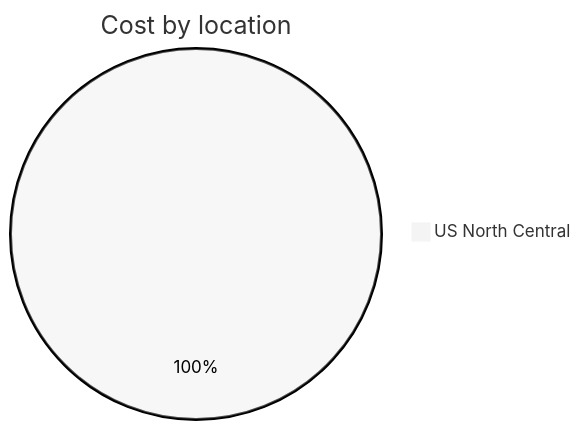
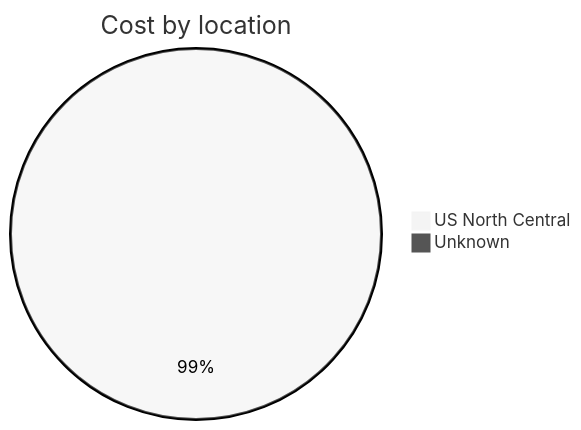
One commit to jpfulton/azure-personal-reports changed the third of 4 diagrams in cost-reports/personal-network/README.md. Above: the diagram before and after it, drawn with Mermaid (neutral theme). The commit also changed other lines of this file and 8 other files, not shown here.

````diff
--- a/cost-reports/personal-network/README.md
+++ b/cost-reports/personal-network/README.md
@@ -107,5 +116,6 @@
 ```mermaid
 pie
    title Cost by location
-   "US North Central" : 0.09
+   "US North Central" : 1.78
+   "Unknown" : 0.01
 ```
````
